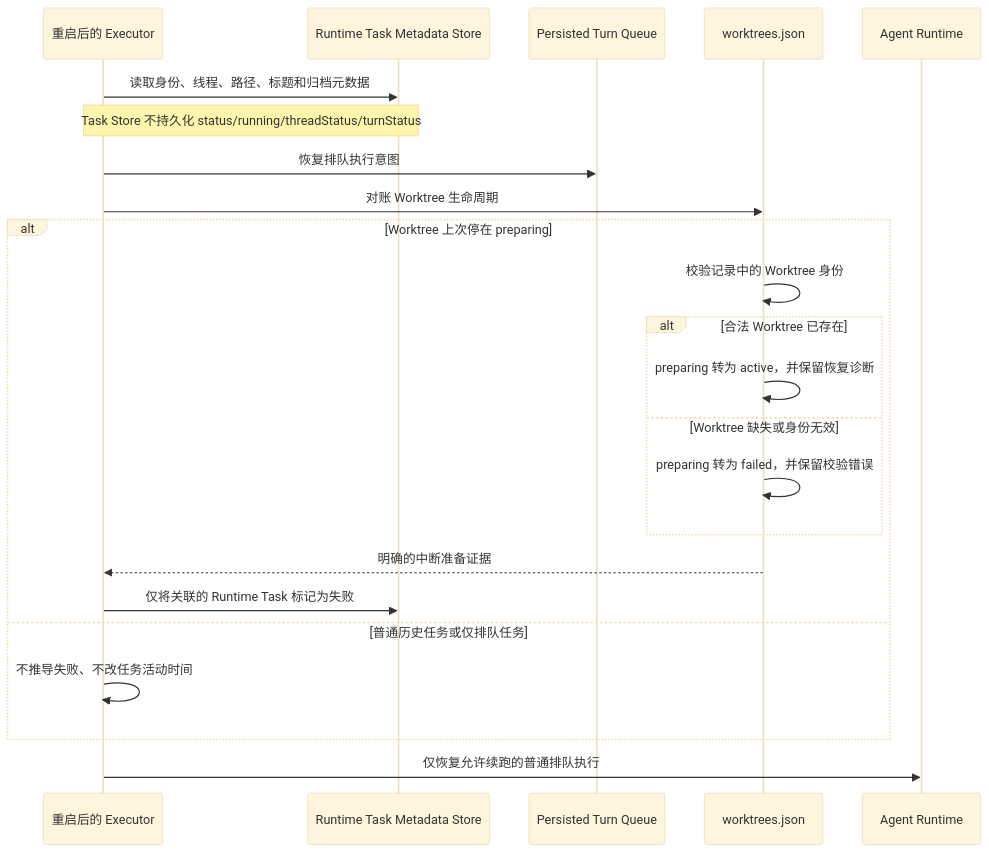
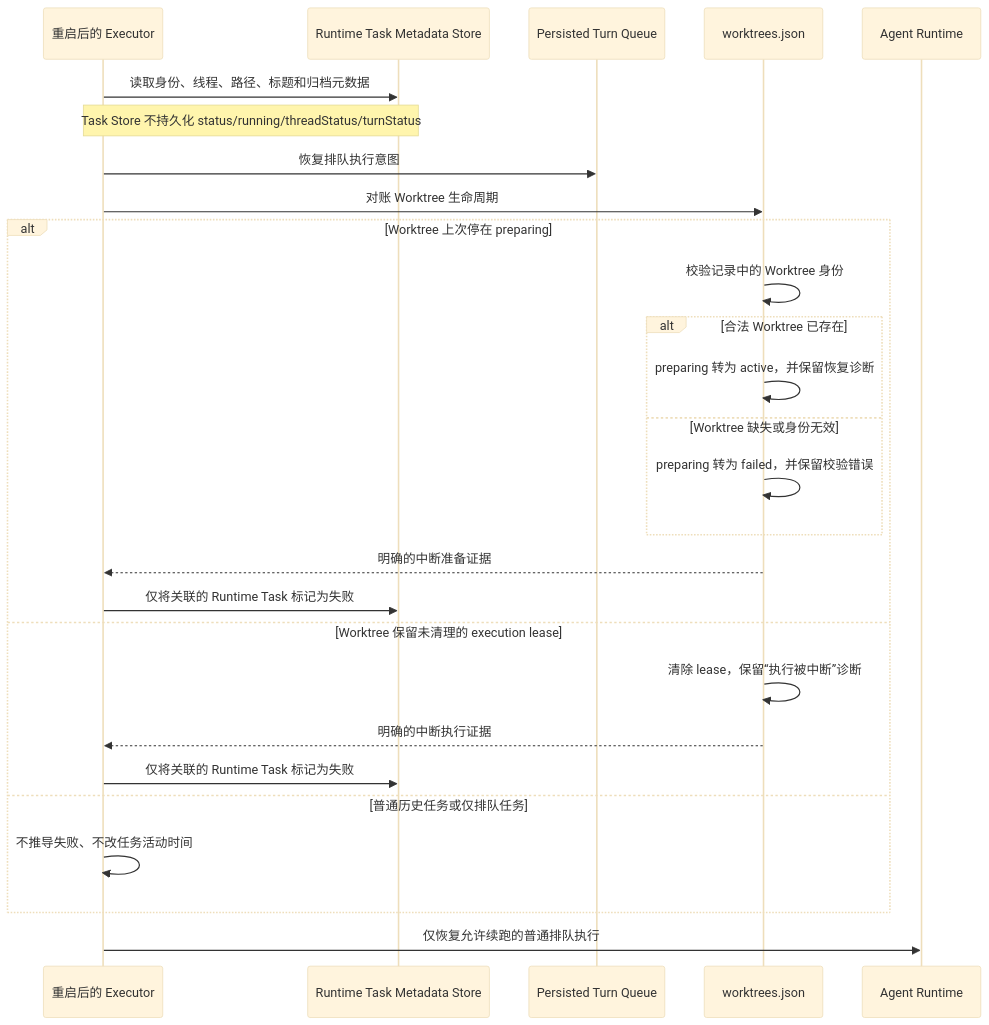
Before and after one commit to wecode-ai/Wegent: the third of 4 diagrams in docs/zh/architecture/git-worktree-execution.md, drawn with Mermaid (base theme). The commit also changed other lines of this file and 8 other files, not shown here.

````diff
--- a/docs/zh/architecture/git-worktree-execution.md
+++ b/docs/zh/architecture/git-worktree-execution.md
@@ -75,26 +75,30 @@
 ```mermaid
 sequenceDiagram
     participant E as 重启后的 Executor
     participant T as Runtime Task Metadata Store
     participant Q as Persisted Turn Queue
     participant G as worktrees.json
     participant R as Agent Runtime
 
     E->>T: 读取身份、线程、路径、标题和归档元数据
     Note over E,T: Task Store 不持久化 status/running/threadStatus/turnStatus
     E->>Q: 恢复排队执行意图
     E->>G: 对账 Worktree 生命周期
     alt Worktree 上次停在 preparing
         G->>G: 校验记录中的 Worktree 身份
         alt 合法 Worktree 已存在
             G->>G: preparing 转为 active，并保留恢复诊断
         else Worktree 缺失或身份无效
             G->>G: preparing 转为 failed，并保留校验错误
         end
         G-->>E: 明确的中断准备证据
         E->>T: 仅将关联的 Runtime Task 标记为失败
+    else Worktree 保留未清理的 execution lease
+        G->>G: 清除 lease，保留“执行被中断”诊断
+        G-->>E: 明确的中断执行证据
+        E->>T: 仅将关联的 Runtime Task 标记为失败
     else 普通历史任务或仅排队任务
         E->>E: 不推导失败、不改任务活动时间
     end
     E->>R: 仅恢复允许续跑的普通排队执行
 ```
````
